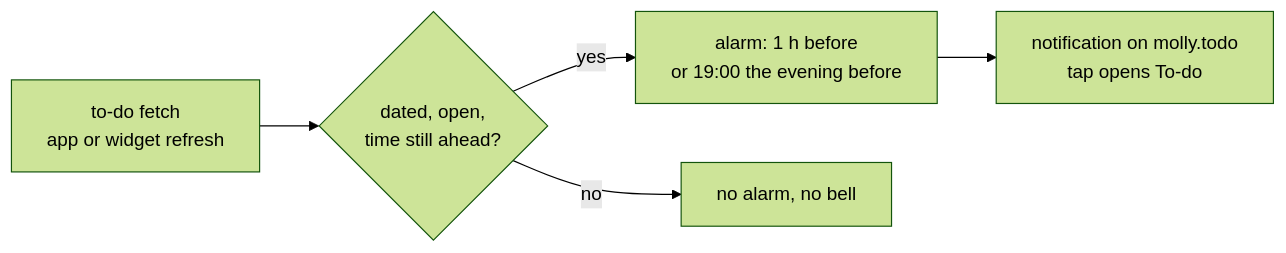
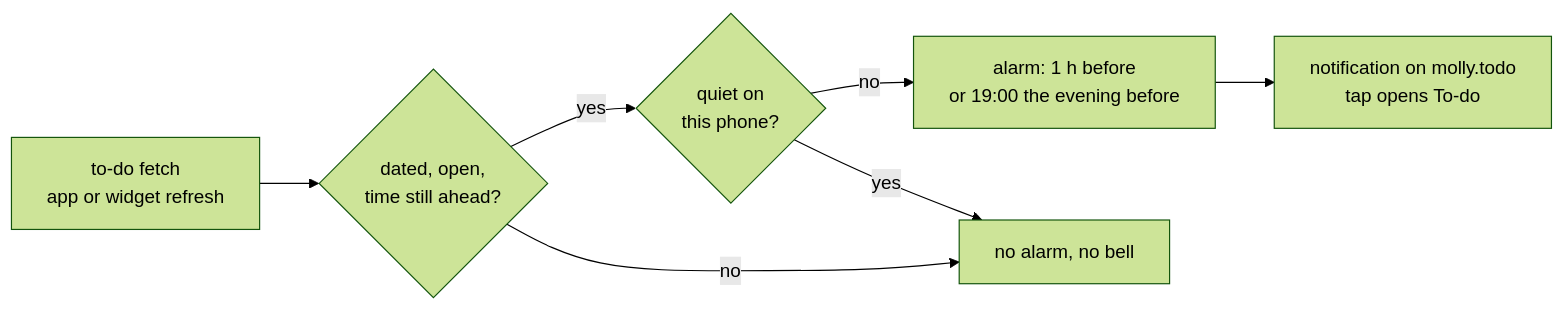
Before and after one commit to alfredskeden/molly: the fifth of 5 diagrams in plans/implan-todo/MENTAL_MODEL.md, drawn with Mermaid (forest theme). The commit also changed other lines of this file and 25 other files, not shown here.

````diff
--- a/plans/implan-todo/MENTAL_MODEL.md
+++ b/plans/implan-todo/MENTAL_MODEL.md
@@ -85,7 +85,9 @@
 ```mermaid
 flowchart LR
   F[to-do fetch<br/>app or widget refresh] --> W{dated, open,<br/>time still ahead?}
-  W -- yes --> A[alarm: 1 h before<br/>or 19:00 the evening before]
+  W -- yes --> Q{quiet on<br/>this phone?}
+  Q -- no --> A[alarm: 1 h before<br/>or 19:00 the evening before]
+  Q -- yes --> X
   W -- no --> X[no alarm, no bell]
   A --> N[notification on molly.todo<br/>tap opens To-do]
 ```
````
